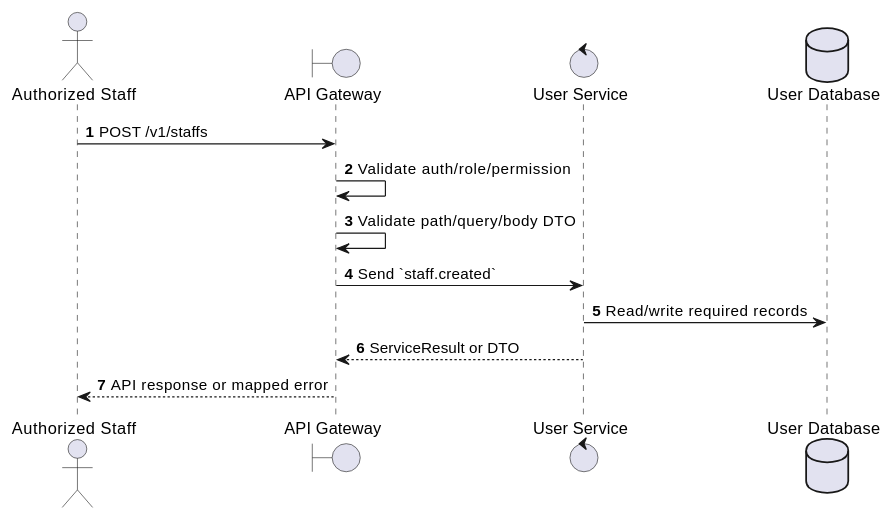
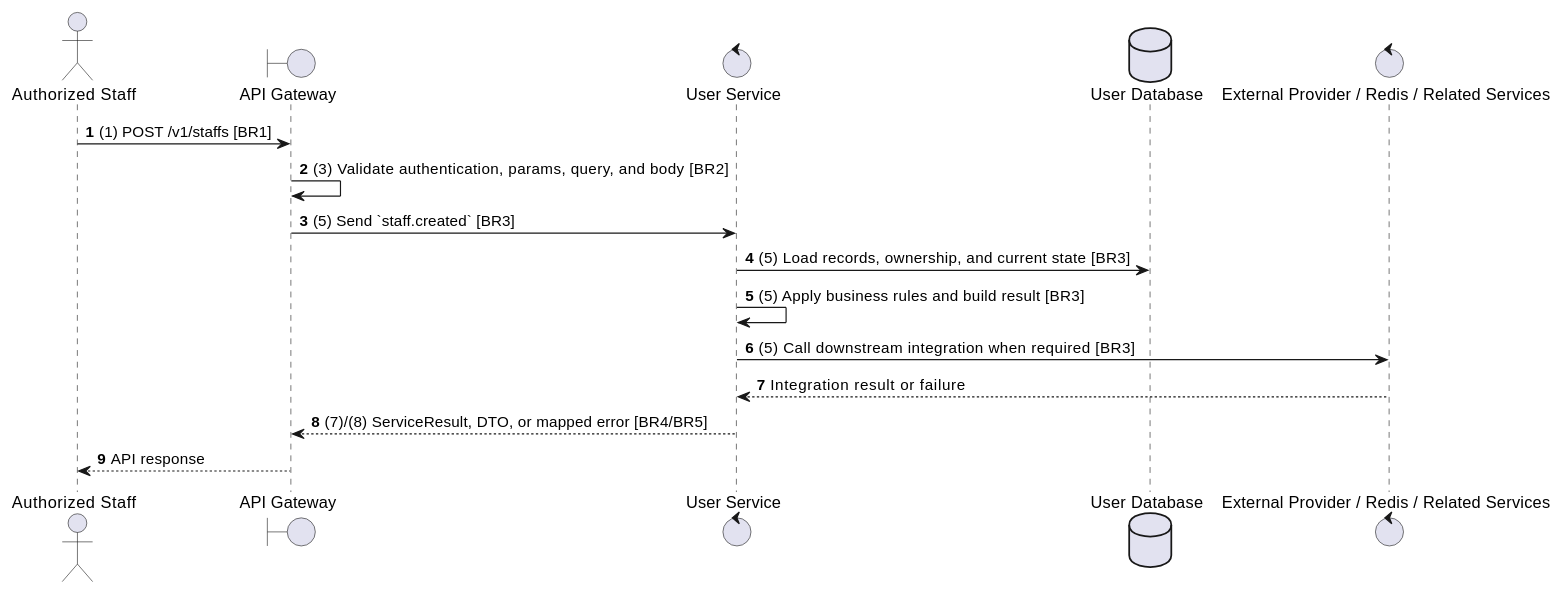
Before and after one commit to Tanh1603/movie-hub-architecture: the second of 2 diagrams in docs/functional_specs/3.1_User_Management/UM-04_Create_Staff.md, drawn with PlantUML. The commit also changed other lines of this file and 129 other files, not shown here.

````diff
--- a/docs/functional_specs/3.1_User_Management/UM-04_Create_Staff.md
+++ b/docs/functional_specs/3.1_User_Management/UM-04_Create_Staff.md
@@ -17,17 +64,20 @@
 ```plantuml
 @startuml
 autonumber
 actor "Authorized Staff" as Actor
 boundary "API Gateway" as GW
 control "User Service" as SVC
 database "User Database" as DB
+control "External Provider / Redis / Related Services" as EXT
 
-Actor -> GW: POST /v1/staffs
-GW -> GW: Validate auth/role/permission
-GW -> GW: Validate path/query/body DTO
-GW -> SVC: Send `staff.created`
-SVC -> DB: Read/write required records
-SVC --> GW: ServiceResult or DTO
-GW --> Actor: API response or mapped error
+Actor -> GW: (1) POST /v1/staffs [BR1]
+GW -> GW: (3) Validate authentication, params, query, and body [BR2]
+GW -> SVC: (5) Send `staff.created` [BR3]
+SVC -> DB: (5) Load records, ownership, and current state [BR3]
+SVC -> SVC: (5) Apply business rules and build result [BR3]
+SVC -> EXT: (5) Call downstream integration when required [BR3]
+EXT --> SVC: Integration result or failure
+SVC --> GW: (7)/(8) ServiceResult, DTO, or mapped error [BR4/BR5]
+GW --> Actor: API response
 @enduml
 ```
````
